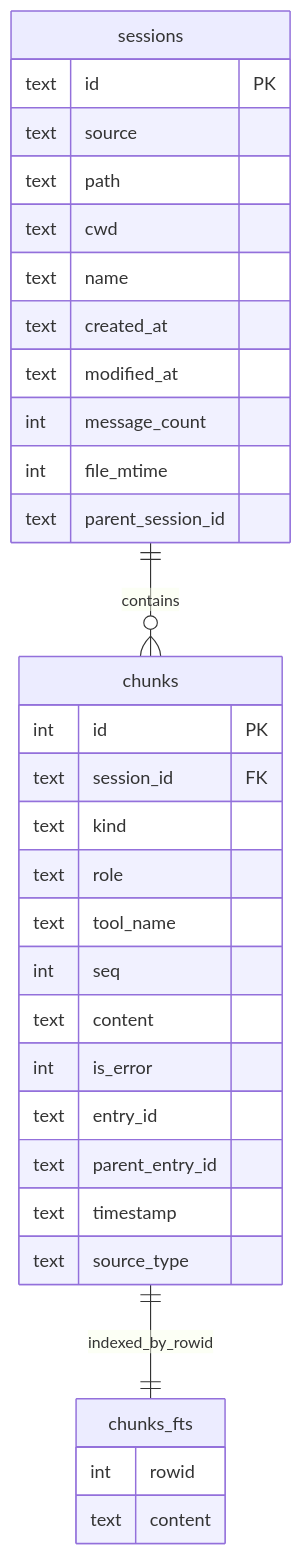
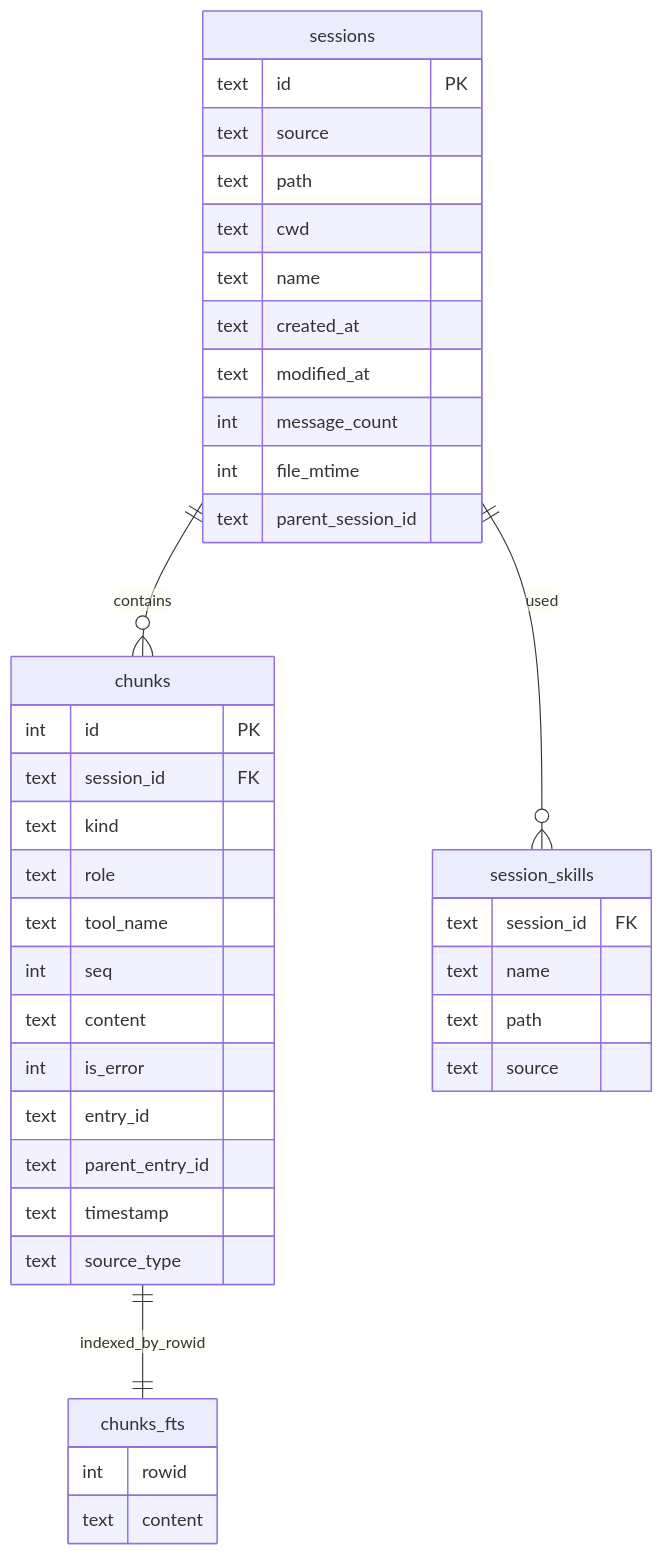
The second of 2 diagrams in docs/indexing.md (aliou/sesame), drawn with Mermaid before and after one commit. The commit also changed other lines of this file and 20 other files, not shown here.

````diff
--- a/docs/indexing.md
+++ b/docs/indexing.md
@@ -146,38 +160,46 @@
 ```mermaid
 erDiagram
   sessions ||--o{ chunks : contains
+  sessions ||--o{ session_skills : used
   chunks ||--|| chunks_fts : indexed_by_rowid
 
   sessions {
     text id PK
     text source
     text path
     text cwd
     text name
     text created_at
     text modified_at
     int message_count
     int file_mtime
     text parent_session_id
   }
 
   chunks {
     int id PK
     text session_id FK
     text kind
     text role
     text tool_name
     int seq
     text content
     int is_error
     text entry_id
     text parent_entry_id
     text timestamp
     text source_type
   }
 
+  session_skills {
+    text session_id FK
+    text name
+    text path
+    text source
+  }
+
   chunks_fts {
     int rowid
     text content
   }
 ```
````
